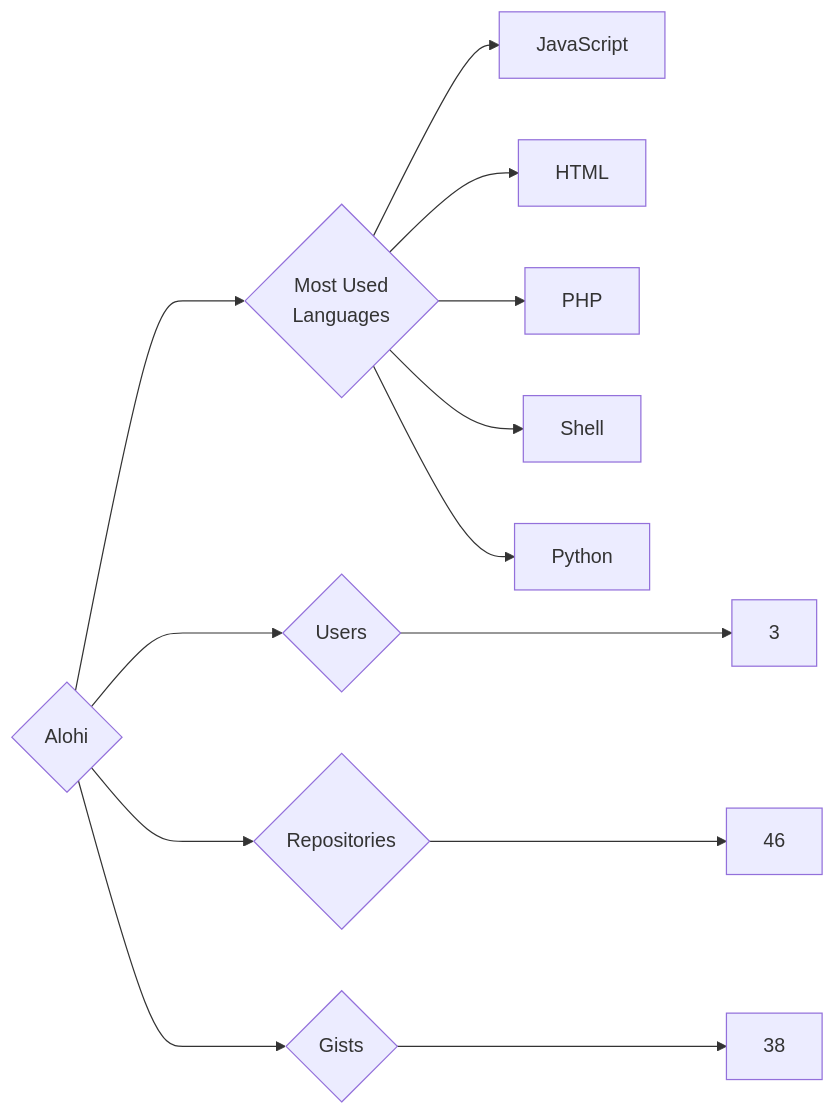
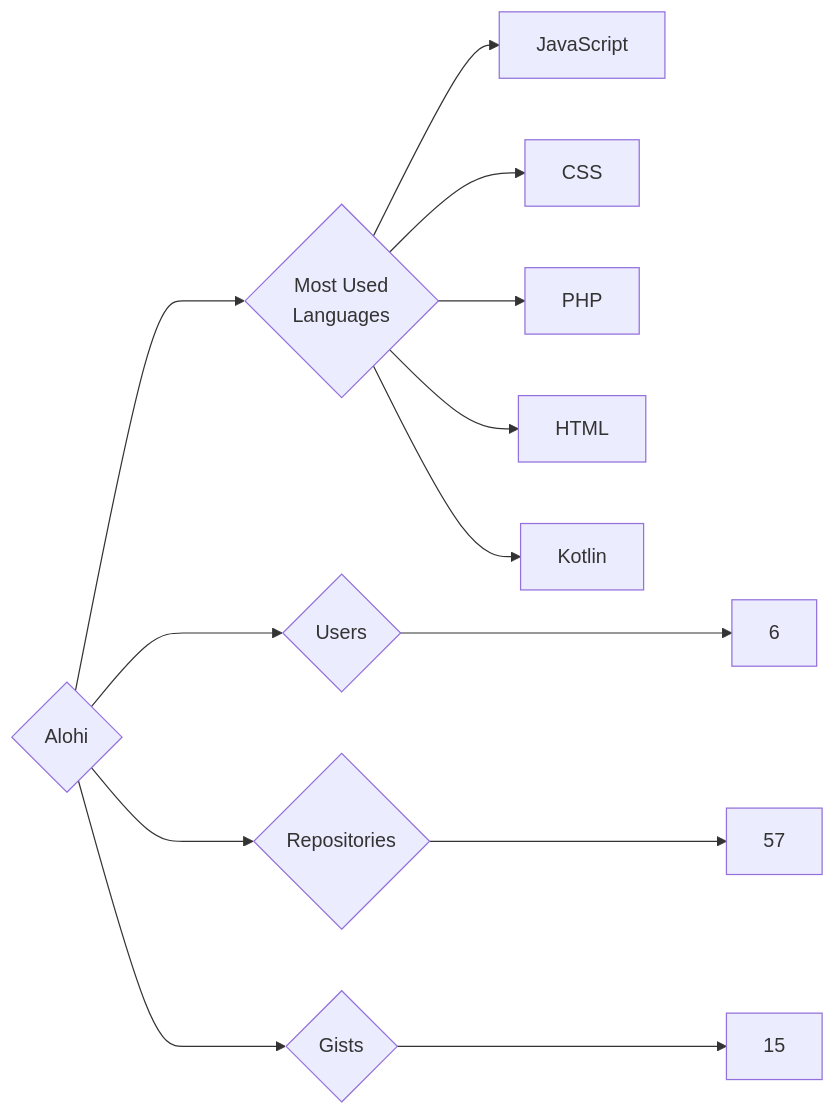
Before and after one commit to trickest/insiders: the diagram in targets/Alohi/README.md, drawn with Mermaid. The commit also changed 777 other files, not shown here.

````diff
--- a/targets/Alohi/README.md
+++ b/targets/Alohi/README.md
@@ -3,13 +3,13 @@
 ```mermaid
 graph LR
 COMPANY_NAME{Alohi}
-COMPANY_NAME ---> U{Users} ---> UN[3]
-COMPANY_NAME ---> R{Repositories} ---> RN[46]
-COMPANY_NAME ---> G{Gists} ---> GN[38]
+COMPANY_NAME ---> U{Users} ---> UN[6]
+COMPANY_NAME ---> R{Repositories} ---> RN[57]
+COMPANY_NAME ---> G{Gists} ---> GN[15]
 COMPANY_NAME ---> ML{Most Used<br>Languages}
 ML --> JavaScript[JavaScript]
+ML --> CSS[CSS]
+ML --> PHP[PHP]
 ML --> HTML[HTML]
-ML --> PHP[PHP]
-ML --> Shell[Shell]
-ML --> Python[Python]
+ML --> Kotlin[Kotlin]
 ```
````
